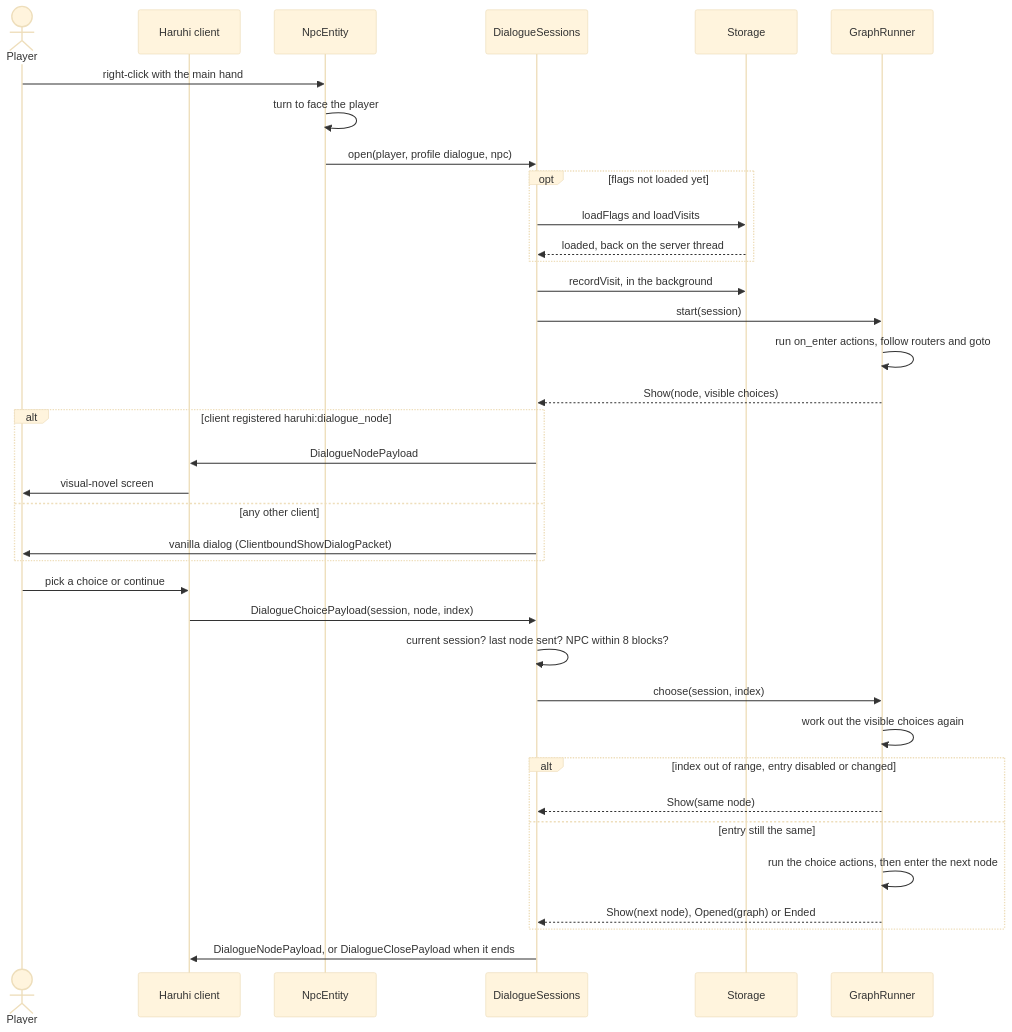
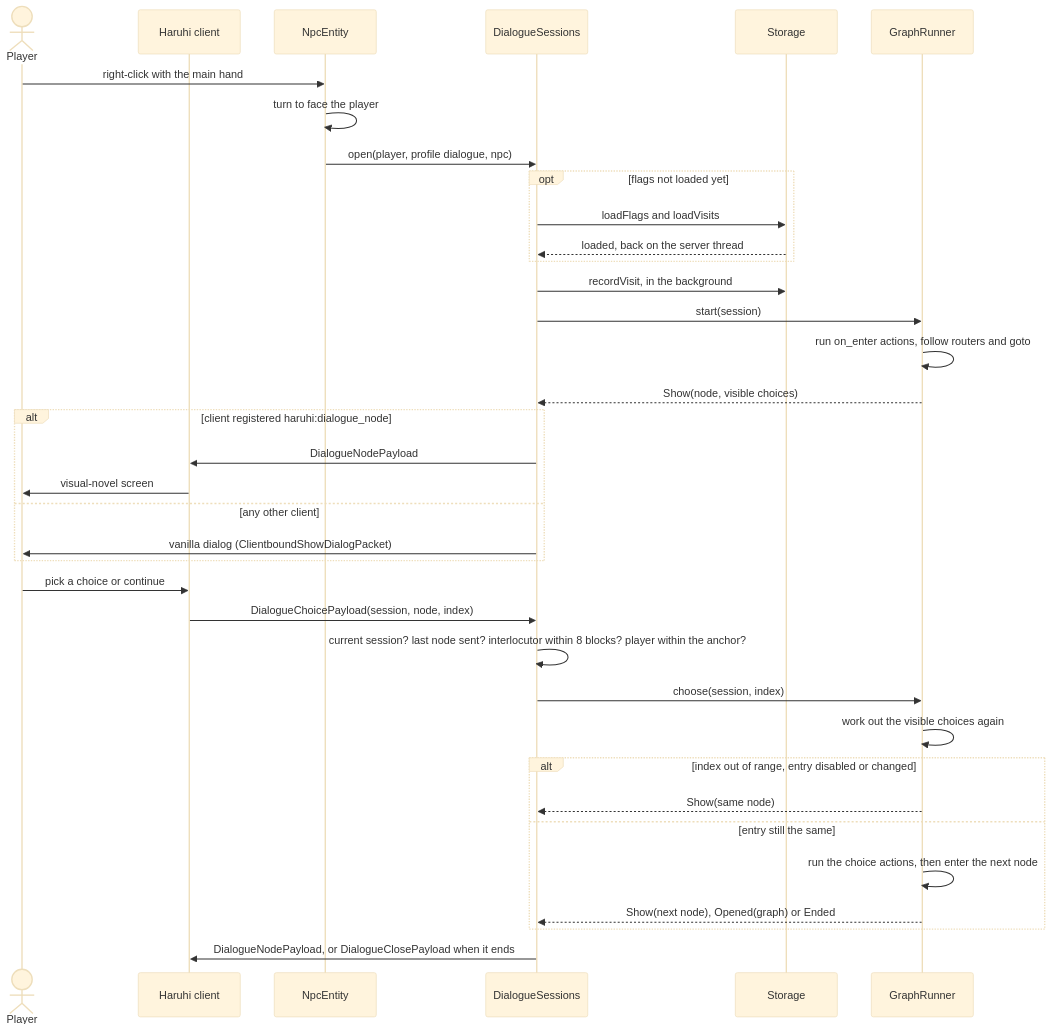
Before and after one commit to justbecauseph/haruhi: the diagram in docs/developer-guide.md, drawn with Mermaid (base theme). The commit also changed other lines of this file and 5 other files, not shown here.

````diff
--- a/docs/developer-guide.md
+++ b/docs/developer-guide.md
@@ -129,38 +129,38 @@
 ```mermaid
 sequenceDiagram
     actor P as Player
     participant C as Haruhi client
     participant N as NpcEntity
     participant D as DialogueSessions
     participant S as Storage
     participant R as GraphRunner
     P->>N: right-click with the main hand
     N->>N: turn to face the player
     N->>D: open(player, profile dialogue, npc)
     opt flags not loaded yet
         D->>S: loadFlags and loadVisits
         S-->>D: loaded, back on the server thread
     end
     D->>S: recordVisit, in the background
     D->>R: start(session)
     R->>R: run on_enter actions, follow routers and goto
     R-->>D: Show(node, visible choices)
     alt client registered haruhi:dialogue_node
         D->>C: DialogueNodePayload
         C->>P: visual-novel screen
     else any other client
         D->>P: vanilla dialog (ClientboundShowDialogPacket)
     end
     P->>C: pick a choice or continue
     C->>D: DialogueChoicePayload(session, node, index)
-    D->>D: current session? last node sent? NPC within 8 blocks?
+    D->>D: current session? last node sent? interlocutor within 8 blocks? player within the anchor?
     D->>R: choose(session, index)
     R->>R: work out the visible choices again
     alt index out of range, entry disabled or changed
         R-->>D: Show(same node)
     else entry still the same
         R->>R: run the choice actions, then enter the next node
         R-->>D: Show(next node), Opened(graph) or Ended
     end
     D->>C: DialogueNodePayload, or DialogueClosePayload when it ends
 ```
````
